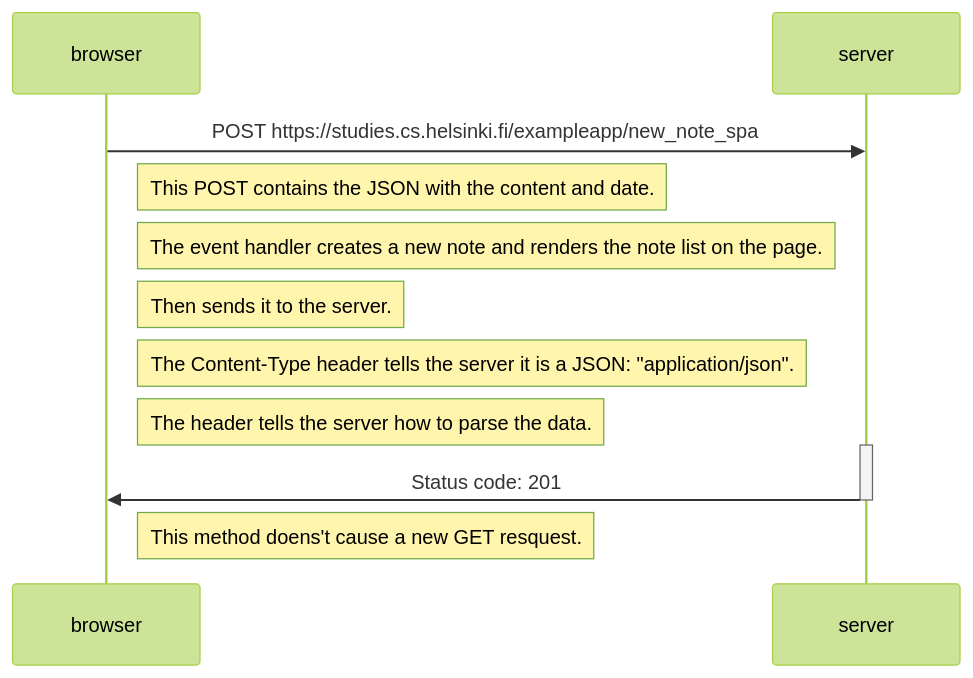
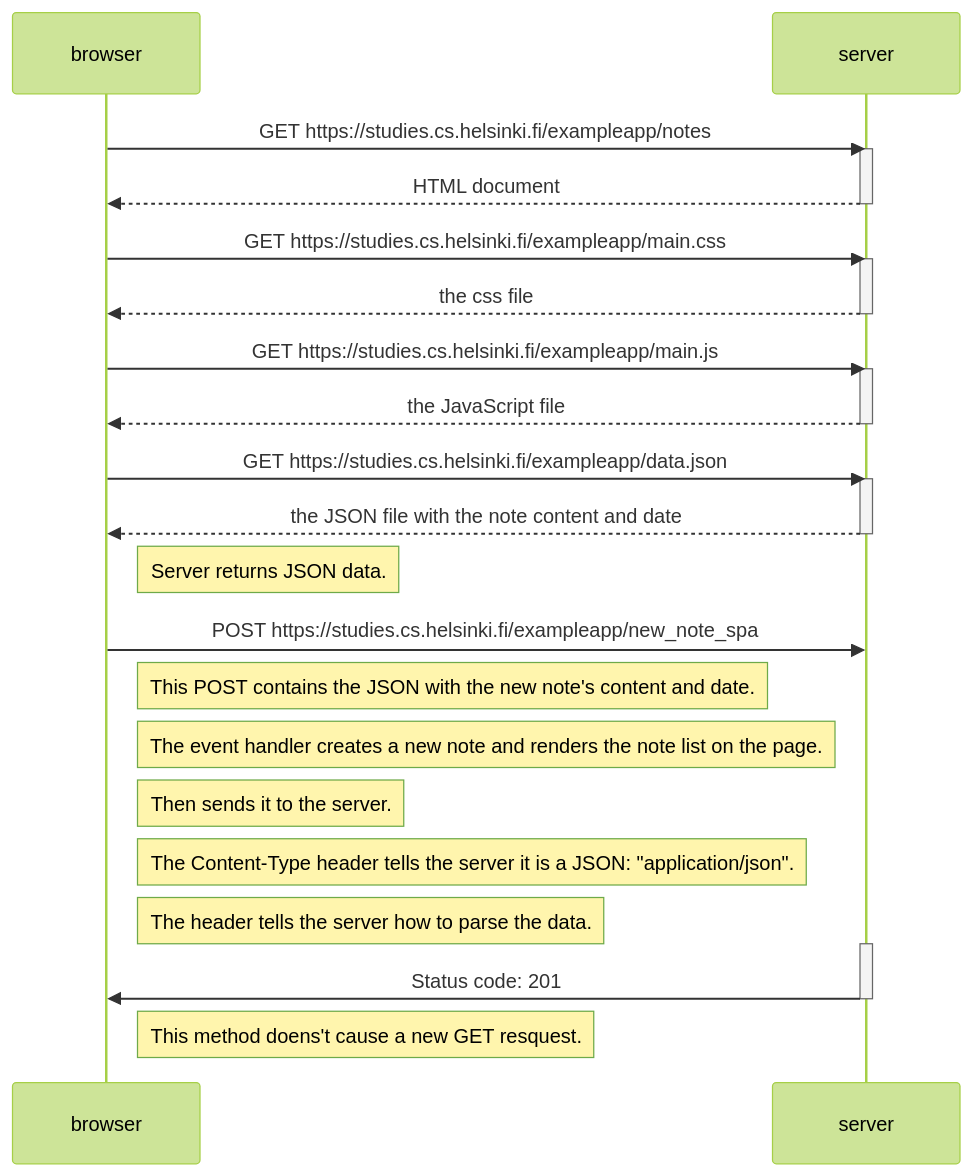
One commit to matheusperico/FullStackOpen changed the diagram in part0/06.md. Above: the diagram before and after it, drawn with Mermaid (forest theme).

````diff
--- a/part0/06.md
+++ b/part0/06.md
@@ -1,16 +1,37 @@
 ``` mermaid
 sequenceDiagram
     participant browser
     participant server
 
+    browser->>server: GET https://studies.cs.helsinki.fi/exampleapp/notes
+    activate server
+    server-->>browser: HTML document
+    deactivate server
+
+    browser->>server: GET https://studies.cs.helsinki.fi/exampleapp/main.css
+    activate server
+    server-->>browser: the css file
+    deactivate server
+
+    browser->>server: GET https://studies.cs.helsinki.fi/exampleapp/main.js
+    activate server
+    server-->>browser: the JavaScript file
+    deactivate server
+
+    browser->>server: GET https://studies.cs.helsinki.fi/exampleapp/data.json
+    activate server
+    server-->>browser: the JSON file with the note content and date
+    deactivate server
+    note right of browser: Server returns JSON data.
+
     browser->>server: POST https://studies.cs.helsinki.fi/exampleapp/new_note_spa
-    note right of browser: This POST contains the JSON with the content and date.
+    note right of browser: This POST contains the JSON with the new note's content and date.
     note right of browser: The event handler creates a new note and renders the note list on the page.
     note right of browser: Then sends it to the server.
     note right of browser: The Content-Type header tells the server it is a JSON: "application/json".
     note right of browser: The header tells the server how to parse the data.
     activate server
     server->>browser: Status code: 201
     deactivate server 
     note right of browser: This method doens't cause a new GET resquest.
 ```
````
